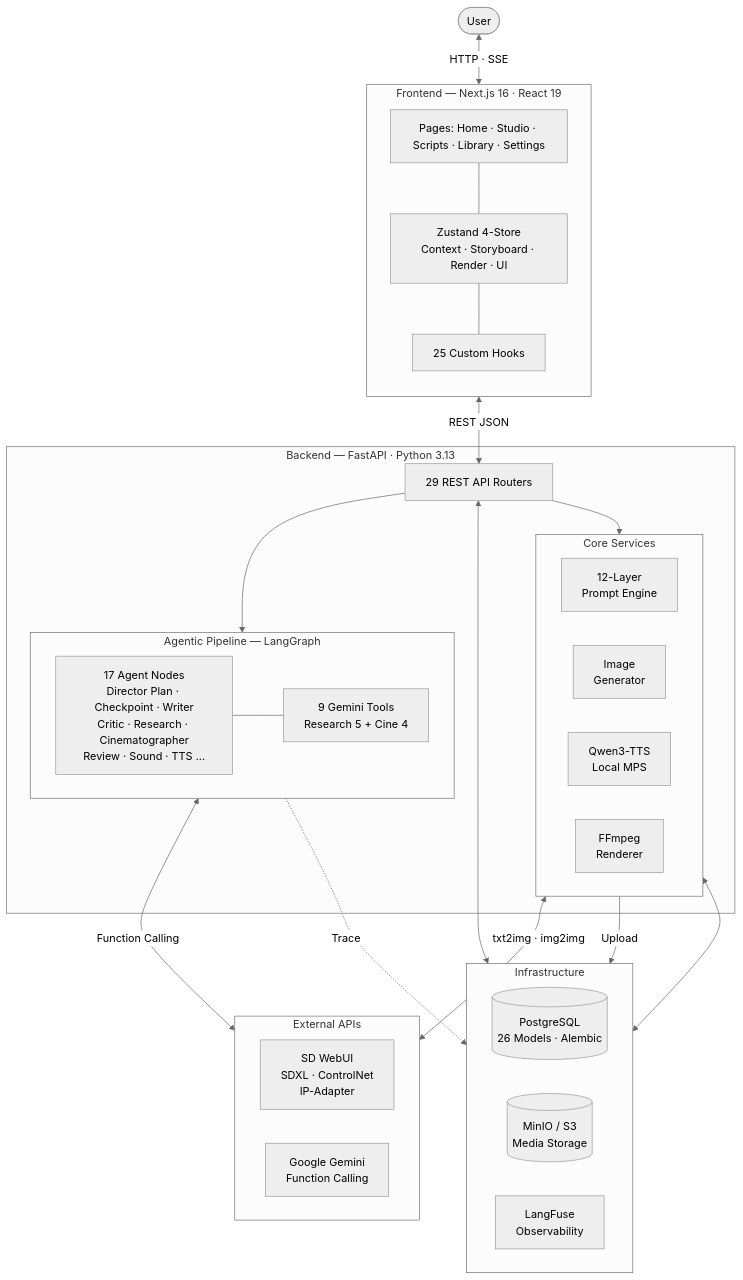
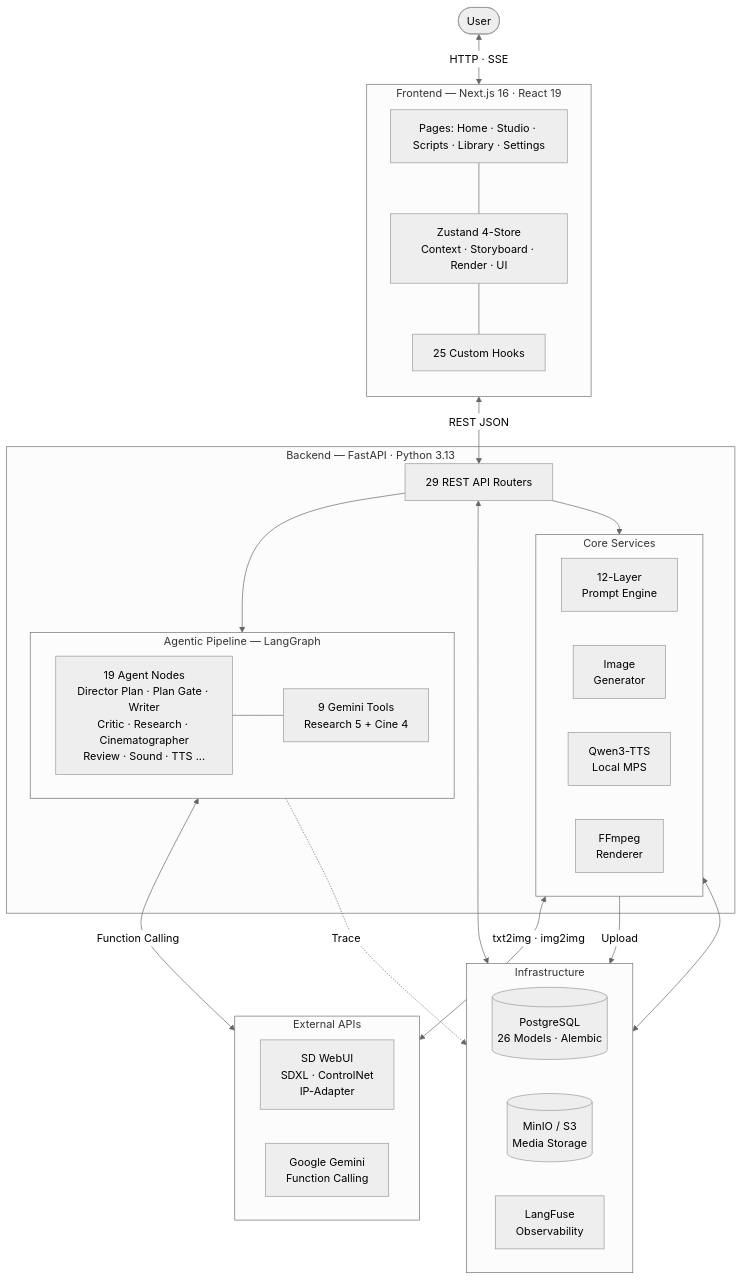
The first of 2 diagrams in README.md (tomo-playground/sdd-orchestrator), drawn with Mermaid (neutral theme) before and after one commit. The commit also changed other lines of this file and 11 other files, not shown here.

````diff
--- a/README.md
+++ b/README.md
@@ -9,57 +9,57 @@
 ```mermaid
 graph TB
     User([User])
 
     subgraph Frontend ["Frontend — Next.js 16 · React 19"]
         direction TB
         Pages["Pages: Home · Studio · Scripts · Library · Settings"]
         Store["Zustand 4-Store<br/>Context · Storyboard · Render · UI"]
         Hooks["25 Custom Hooks"]
         Pages --- Store --- Hooks
     end
 
     subgraph Backend ["Backend — FastAPI · Python 3.13"]
         API["29 REST API Routers"]
 
         subgraph Pipeline ["Agentic Pipeline — LangGraph"]
             direction LR
-            Nodes["17 Agent Nodes<br/>Director Plan · Checkpoint · Writer<br/>Critic · Research · Cinematographer<br/>Review · Sound · TTS ..."]
+            Nodes["19 Agent Nodes<br/>Director Plan · Plan Gate · Writer<br/>Critic · Research · Cinematographer<br/>Review · Sound · TTS ..."]
             Tools["9 Gemini Tools<br/>Research 5 + Cine 4"]
             Nodes --- Tools
         end
 
         subgraph Services ["Core Services"]
             direction LR
             Prompt["12-Layer<br/>Prompt Engine"]
             ImgGen["Image<br/>Generator"]
             TTS["Qwen3-TTS<br/>Local MPS"]
             Render["FFmpeg<br/>Renderer"]
         end
 
         API --> Pipeline
         API --> Services
     end
 
     subgraph Infra ["Infrastructure"]
         direction LR
         DB[("PostgreSQL<br/>26 Models · Alembic")]
         S3[("MinIO / S3<br/>Media Storage")]
         LangFuse["LangFuse<br/>Observability"]
     end
 
     subgraph External ["External APIs"]
         direction LR
         SD["SD WebUI<br/>SDXL · ControlNet<br/>IP-Adapter"]
         Gemini["Google Gemini<br/>Function Calling"]
     end
 
     User <-->|"HTTP · SSE"| Frontend
     Frontend <-->|"REST JSON"| API
 
     Pipeline <-->|"Function Calling"| Gemini
     ImgGen <-->|"txt2img · img2img"| SD
     Render -->|"Upload"| S3
     Pipeline -.->|"Trace"| LangFuse
     API <--> DB
     Services <--> DB
 ```
````
